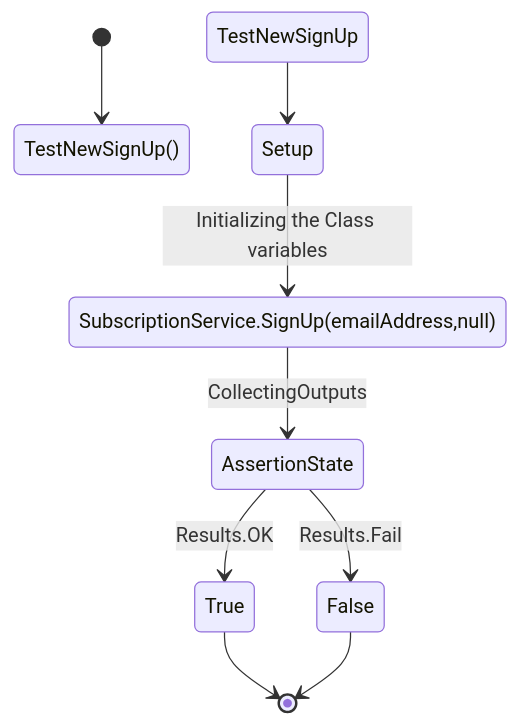
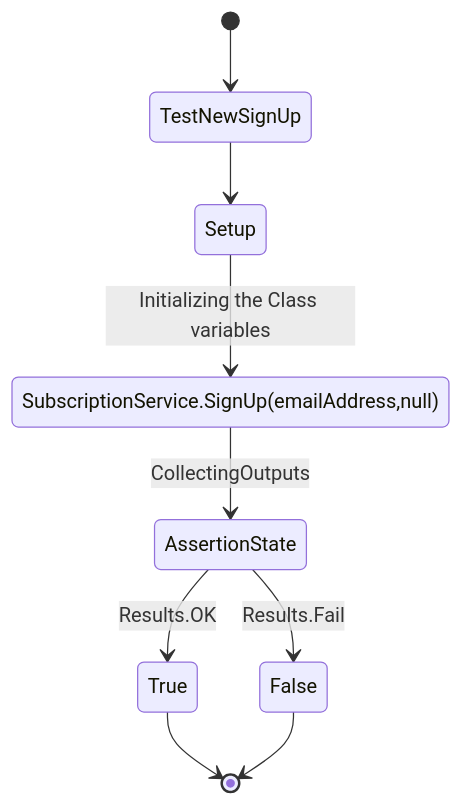
Before and after one commit to Emsaso/GetNews: the second of 11 diagrams in model/tests/test.md, drawn with Mermaid.

````diff
--- a/model/tests/test.md
+++ b/model/tests/test.md
@@ -33,35 +33,35 @@
 ```mermaid
 stateDiagram-v2
-[*] --> TestNewSignUp()
+[*] --> TestNewSignUp
     TestNewSignUp --> Setup
     Setup --> SubscriptionService.SignUp(emailAddress,null):Initializing the Class variables
     
 #    state AssertionState <<choice>>
 #    state SubscriptionCheck <<choice>>
 #    state EnsureEmailValidity <<choice>>
 
 #    EnsureEmailValidity
 #       [*] --> EnsureEmailValidity
 #
 #        state CollectingInputs
 #        state HandleInvalidEmail
 #        state join_state <<join>>
 
 #        CollectingInputs --> EmailAddress.IsValid()
 #            EmailAddress.IsValid()--> (bool)HandleInvalidEmail
 #            HandleInvalidEmail  --> AssertionState
 
 #        EmailAddress.IsValid() --> SubscriptionCheck
             
 #            state HandleNullSubscription
 #            HandleNullSubscription --> CreateSubScription
 #            CreateSubScription --> AssertionState
         
 
     SubscriptionService.SignUp(emailAddress,null) --> AssertionState:CollectingOutputs
     
     AssertionState --> True:Results.OK
     AssertionState --> False:Results.Fail
     True --> [*]
     False --> [*]
 ```
````
